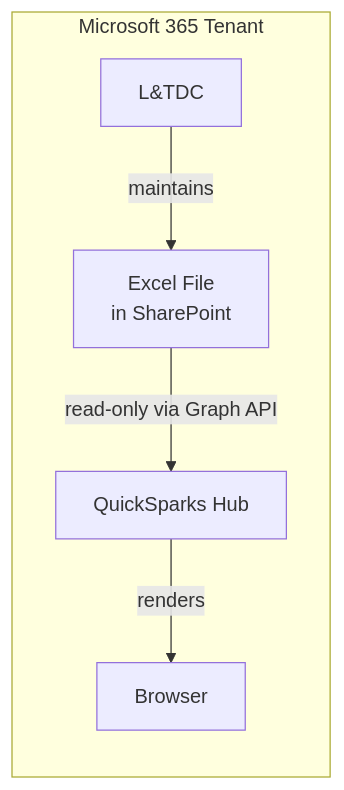
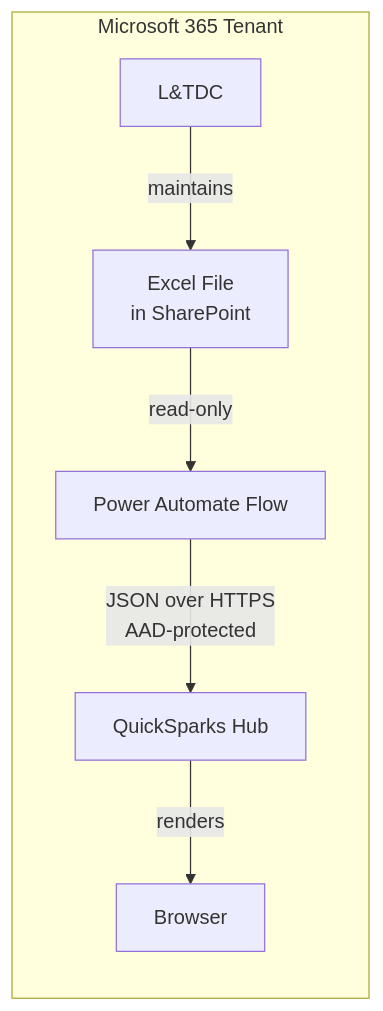
Before and after one commit to aidantrabs/quicksparks: the diagram in docs/security-model.md, drawn with Mermaid. The commit also changed other lines of this file and 3 other files, not shown here.

````diff
--- a/docs/security-model.md
+++ b/docs/security-model.md
@@ -9,8 +9,9 @@
 ```mermaid
 flowchart LR
     subgraph Microsoft 365 Tenant
-        XL[Excel File<br/>in SharePoint] -->|read-only via Graph API| WP[QuickSparks Hub]
+        XL[Excel File<br/>in SharePoint] -->|read-only| Flow[Power Automate Flow]
+        Flow -->|JSON over HTTPS<br/>AAD-protected| WP[QuickSparks Hub]
         WP -->|renders| Browser
         LTDC[L&TDC] -->|maintains| XL
     end
 ```
````
